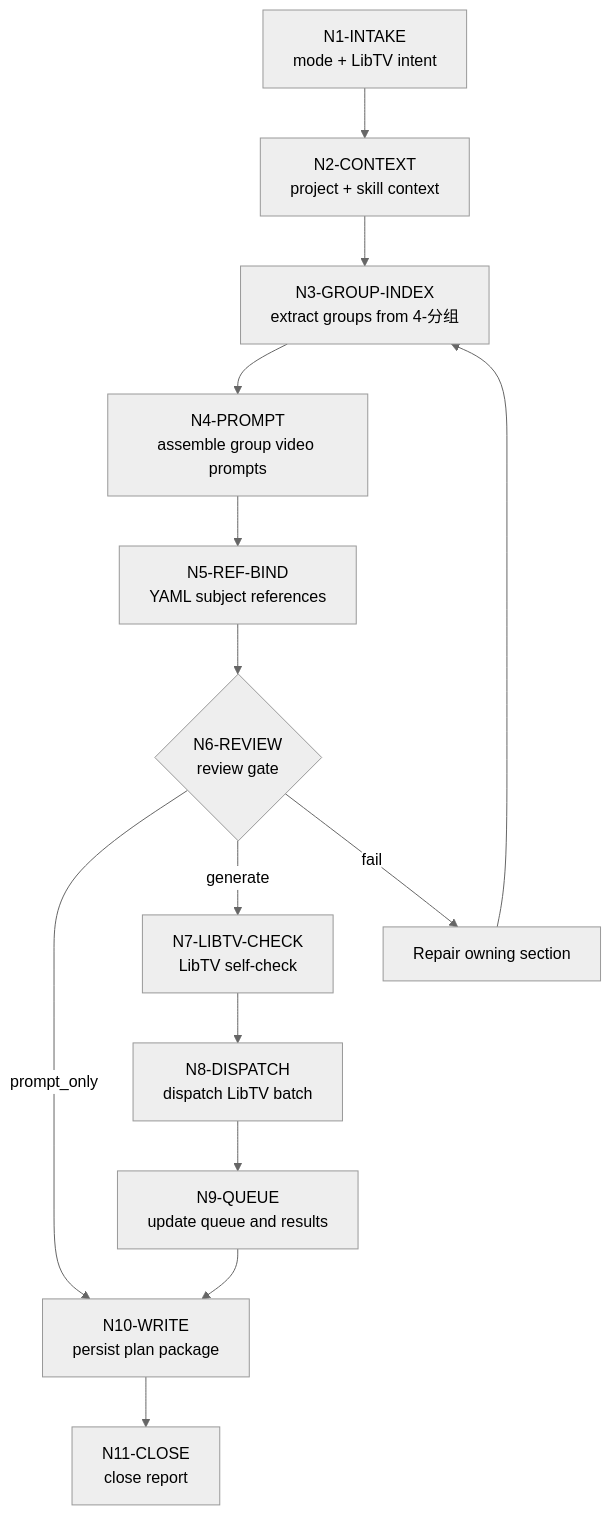
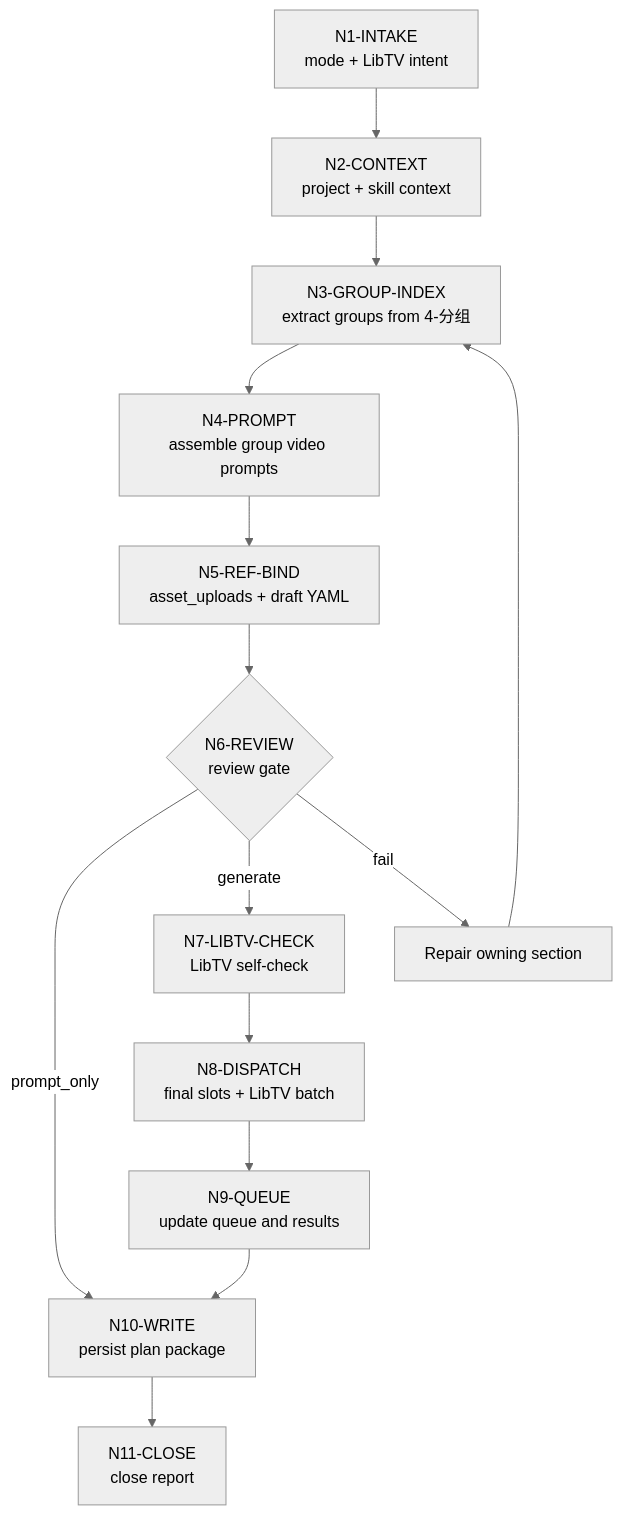
One commit to ZEN-VOID/AI-CUT changed the diagram in .agents/skills/aigc/7-视频/C-主体参照/steps/subject-reference-video-workflow.md. Above: the diagram before and after it, drawn with Mermaid (neutral theme). The commit also changed other lines of this file and 85 other files, not shown here.

````diff
--- a/.agents/skills/aigc/7-视频/C-主体参照/steps/subject-reference-video-workflow.md
+++ b/.agents/skills/aigc/7-视频/C-主体参照/steps/subject-reference-video-workflow.md
@@ -7,16 +7,16 @@
 ```mermaid
 flowchart TD
     N1["N1-INTAKE<br/>mode + LibTV intent"] --> N2["N2-CONTEXT<br/>project + skill context"]
     N2 --> N3["N3-GROUP-INDEX<br/>extract groups from 4-分组"]
     N3 --> N4["N4-PROMPT<br/>assemble group video prompts"]
-    N4 --> N5["N5-REF-BIND<br/>YAML subject references"]
+    N4 --> N5["N5-REF-BIND<br/>asset_uploads + draft YAML"]
     N5 --> N6{"N6-REVIEW<br/>review gate"}
     N6 -->|"prompt_only"| N10["N10-WRITE<br/>persist plan package"]
     N6 -->|"generate"| N7["N7-LIBTV-CHECK<br/>LibTV self-check"]
-    N7 --> N8["N8-DISPATCH<br/>dispatch LibTV batch"]
+    N7 --> N8["N8-DISPATCH<br/>final slots + LibTV batch"]
     N8 --> N9["N9-QUEUE<br/>update queue and results"]
     N9 --> N10
     N6 -->|"fail"| R["Repair owning section"]
     R --> N3
     N10 --> N11["N11-CLOSE<br/>close report"]
 ```
````
